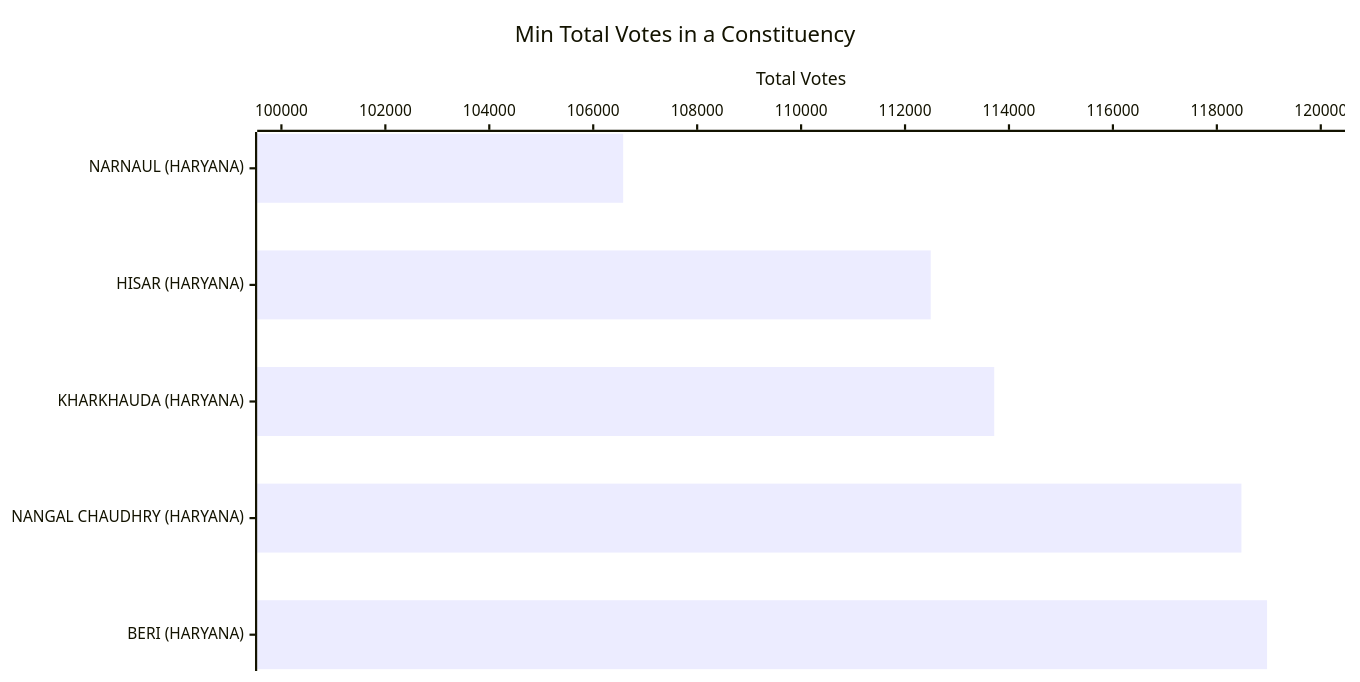
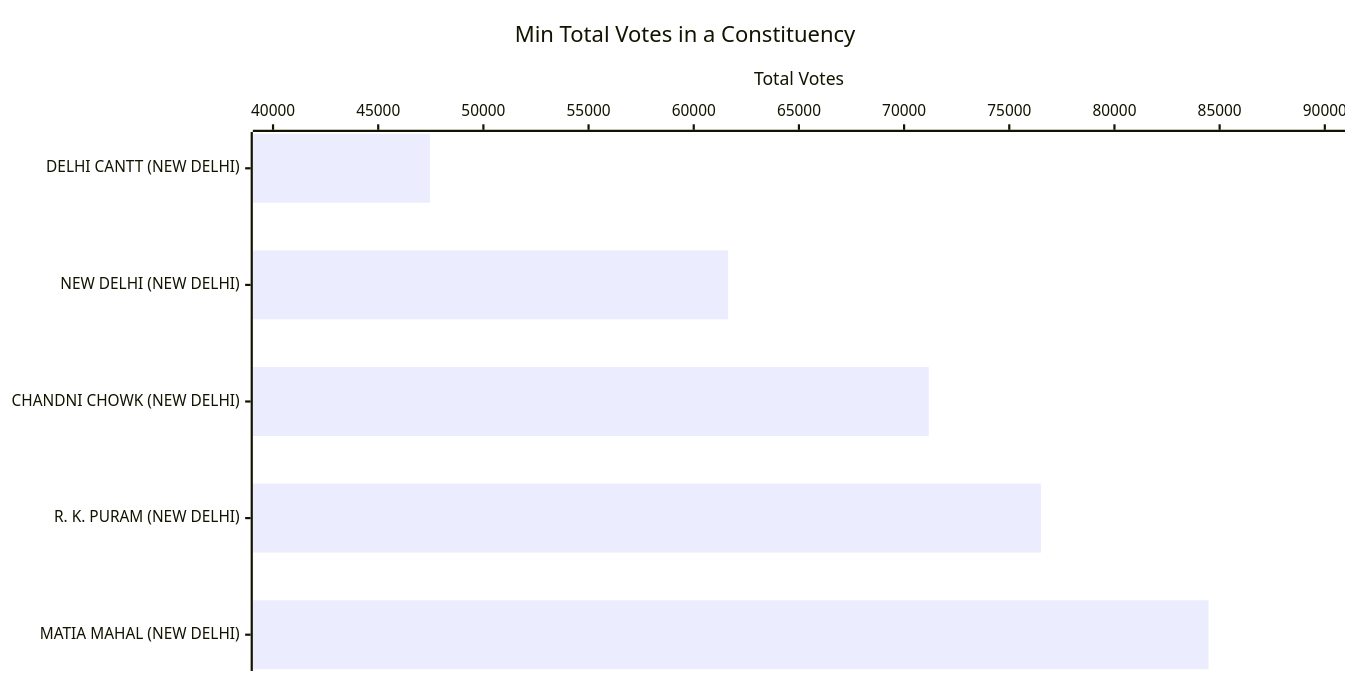
One commit to arjunswaj/elections changed the eighth of 19 diagrams in NEWDELHI-GRAPH.md. Above: the diagram before and after it, drawn with Mermaid. The commit also changed other lines of this file, not shown here.

Commit message:
Updating the Graphical format

````diff
--- a/NEWDELHI-GRAPH.md
+++ b/NEWDELHI-GRAPH.md
@@ -162,14 +161,14 @@
 ```mermaid
 ---
 config:
     xyChart:
         width: 1200
         height: 600
         chartOrientation: horizontal
 ---
 xychart-beta
     title "Min Total Votes in a Constituency"
-    x-axis ["NARNAUL (HARYANA)", "HISAR (HARYANA)", "KHARKHAUDA (HARYANA)", "NANGAL CHAUDHRY (HARYANA)", "BERI (HARYANA)"]
-    y-axis "Total Votes" 100000 --> 120000
-    bar [106576, 112494, 113716, 118473, 118966]
+    x-axis ["DELHI CANTT (NEW DELHI)", "NEW DELHI (NEW DELHI)", "CHANDNI CHOWK (NEW DELHI)", "R. K. PURAM (NEW DELHI)", "MATIA MAHAL (NEW DELHI)"]
+    y-axis "Total Votes" 40000 --> 90000
+    bar [47458, 61636, 71173, 76503, 84475]
 ```
````
